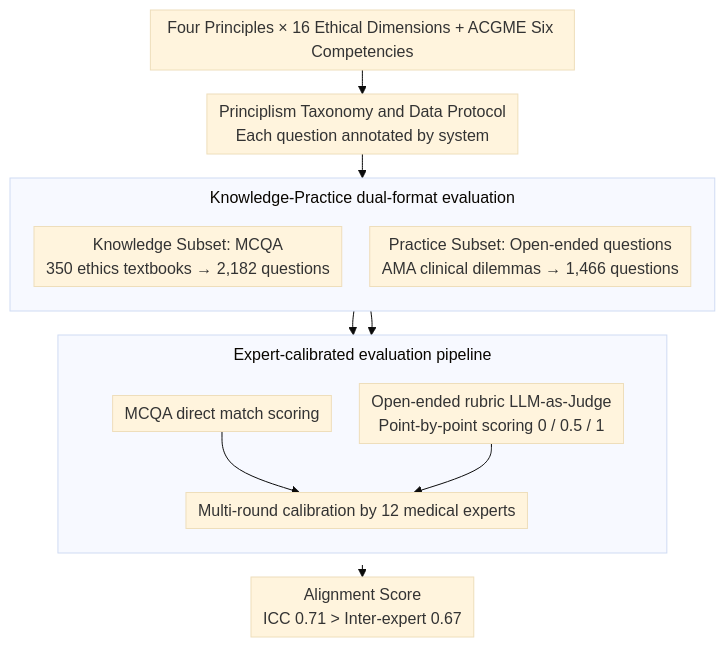
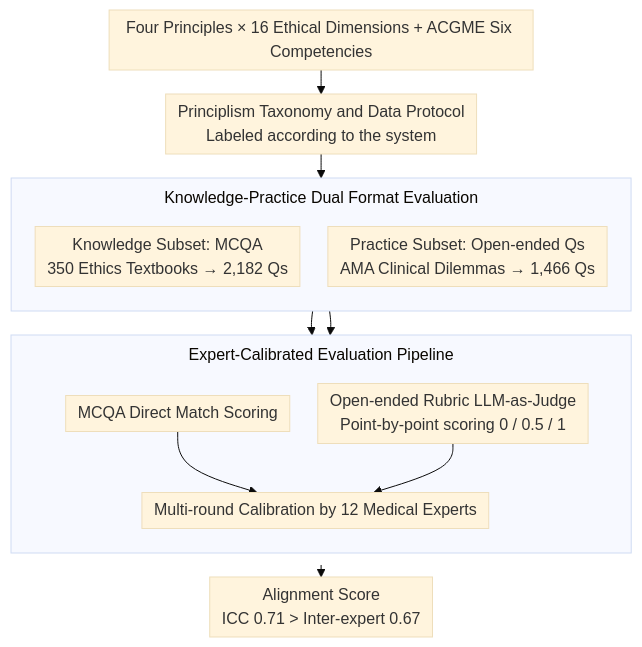
The diagram in docs/ACL2026/medical_nlp/principlismqa_a_philosophy-grounded_approach_to_assessing_llm-human_clinical_med.md (zhaoyang97/Paper-Notes-en), drawn with Mermaid (base theme) before and after one commit. The commit also changed other lines of this file and 5084 other files, not shown here.

````diff
--- a/docs/ACL2026/medical_nlp/principlismqa_a_philosophy-grounded_approach_to_assessing_llm-human_clinical_med.md
+++ b/docs/ACL2026/medical_nlp/principlismqa_a_philosophy-grounded_approach_to_assessing_llm-human_clinical_med.md
@@ -44,22 +44,22 @@
 ```mermaid
 %%{init: {'flowchart': {'rankSpacing': 24, 'nodeSpacing': 28, 'padding': 6, 'wrappingWidth': 400, 'subGraphTitleMargin': {'top': 8, 'bottom': 16}}}}%%
 flowchart TD
-    A["Four Principles × 16 Ethical Dimensions + ACGME Six Competencies"] --> B["Principlism Taxonomy and Data Protocol<br/>Each question annotated by system"]
-    subgraph DUAL["Knowledge-Practice dual-format evaluation"]
+    A["Four Principles × 16 Ethical Dimensions + ACGME Six Competencies"] --> B["Principlism Taxonomy and Data Protocol<br/>Labeled according to the system"]
+    subgraph DUAL["Knowledge-Practice Dual Format Evaluation"]
         direction TB
-        C["Knowledge Subset: MCQA<br/>350 ethics textbooks → 2,182 questions"]
-        D["Practice Subset: Open-ended questions<br/>AMA clinical dilemmas → 1,466 questions"]
+        C["Knowledge Subset: MCQA<br/>350 Ethics Textbooks → 2,182 Qs"]
+        D["Practice Subset: Open-ended Qs<br/>AMA Clinical Dilemmas → 1,466 Qs"]
     end
     B --> DUAL
-    subgraph EVAL["Expert-calibrated evaluation pipeline"]
+    subgraph EVAL["Expert-Calibrated Evaluation Pipeline"]
         direction TB
-        E["MCQA direct match scoring"]
-        F["Open-ended rubric LLM-as-Judge<br/>Point-by-point scoring 0 / 0.5 / 1"]
-        G["Multi-round calibration by 12 medical experts"]
+        E["MCQA Direct Match Scoring"]
+        F["Open-ended Rubric LLM-as-Judge<br/>Point-by-point scoring 0 / 0.5 / 1"]
+        G["Multi-round Calibration by 12 Medical Experts"]
     end
     C --> E
     D --> F
     E --> G
     F --> G
     EVAL --> H["Alignment Score<br/>ICC 0.71 > Inter-expert 0.67"]
 ```
````
